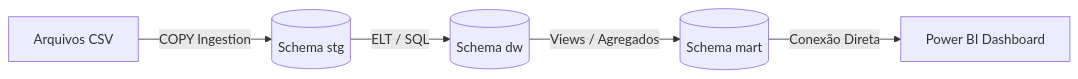
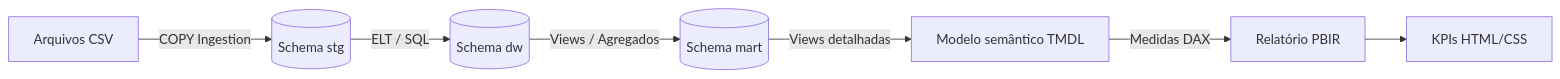
One commit to Victor884/mini-data-mart-delivery-center changed the diagram in README.md. Above: the diagram before and after it, drawn with Mermaid. The commit also changed other lines of this file and 78 other files, not shown here.

````diff
--- a/README.md
+++ b/README.md
@@ -77,7 +81,9 @@
 ```mermaid
 flowchart LR
     CSV[Arquivos CSV] -->|COPY Ingestion| STG[(Schema stg)]
     STG -->|ELT / SQL| DW[(Schema dw)]
     DW -->|Views / Agregados| MART[(Schema mart)]
-    MART -->|Conexão Direta| PBI[Power BI Dashboard]
+    MART -->|Views detalhadas| MODEL[Modelo semântico TMDL]
+    MODEL -->|Medidas DAX| PBI[Relatório PBIR]
+    PBI --> HTML[KPIs HTML/CSS]
 ```
````
